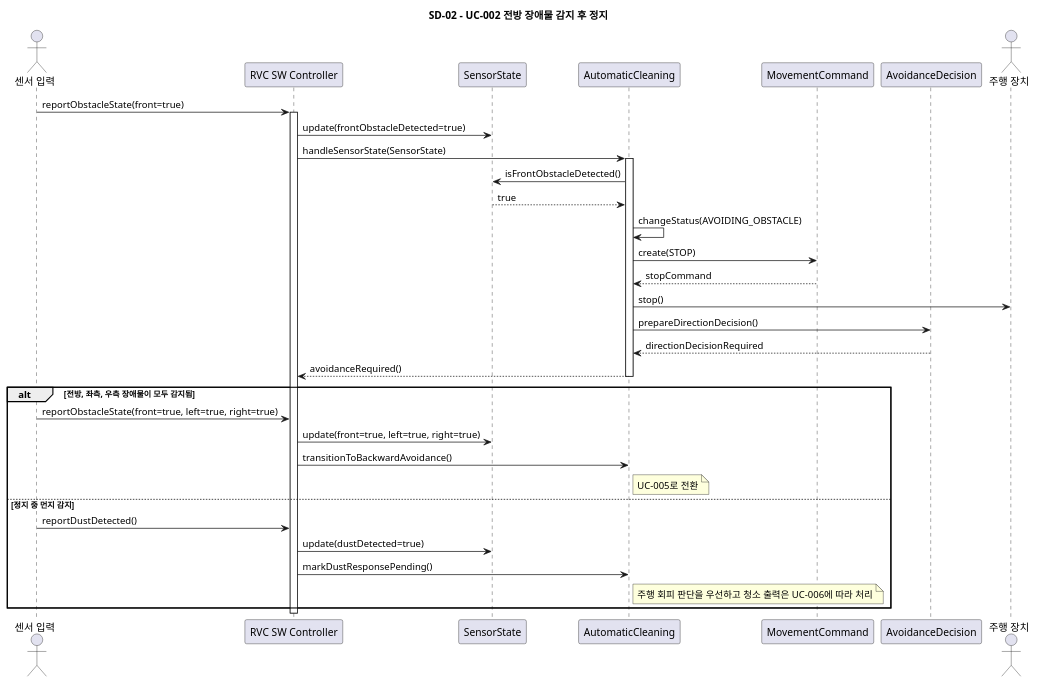
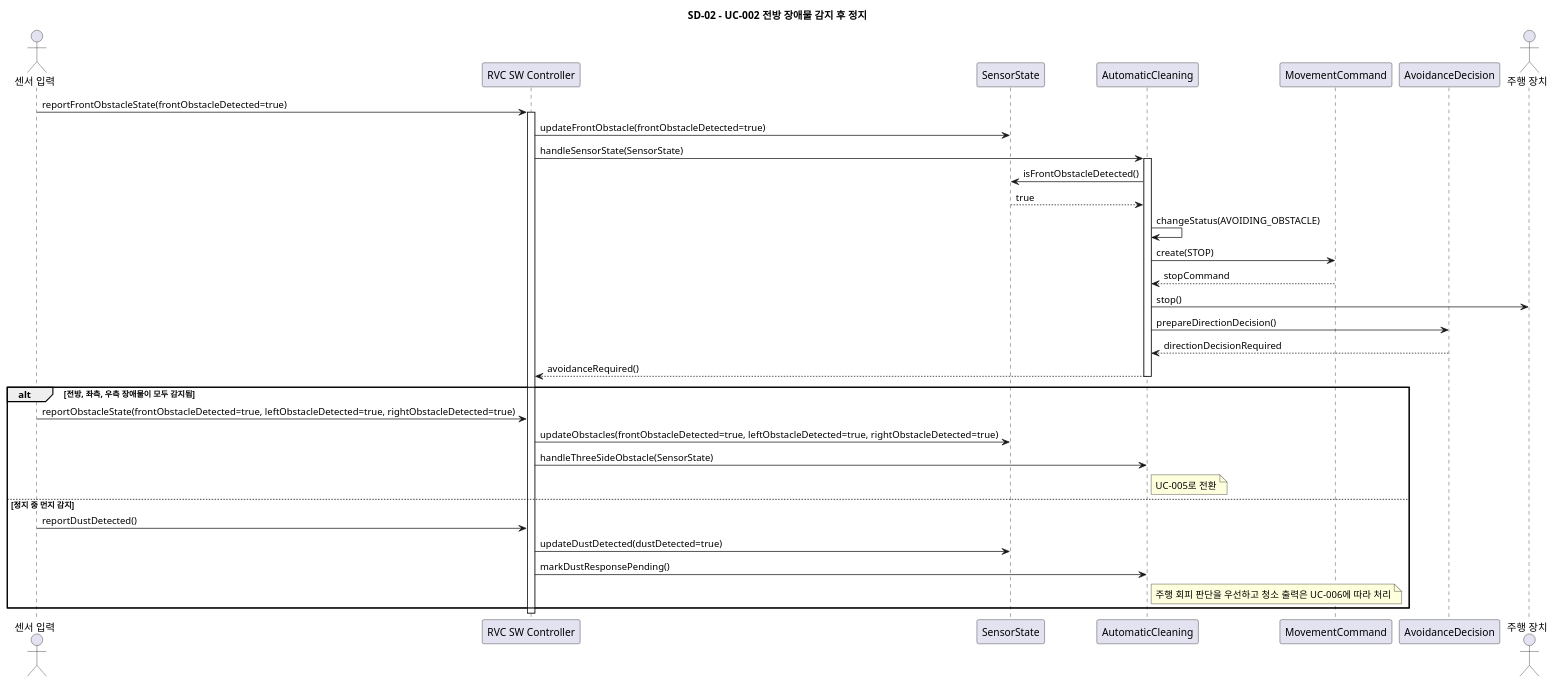
Before and after one commit to OOAD-Team3/Robot-Vacuum-Cleaner-AI: the diagram in docs/sd/SD-02.puml, drawn with PlantUML. The commit also changed 14 other files, not shown here.

Commit message:
docs: address diagram review feedback

```diff
--- a/docs/sd/SD-02.puml
+++ b/docs/sd/SD-02.puml
@@ -6,41 +6,41 @@
 @startuml SD_02_UC002_Stop_On_Front_Obstacle
 title SD-02 - UC-002 전방 장애물 감지 후 정지
 
 actor "센서 입력" as Sensor
 participant "RVC SW Controller" as Controller
 participant "SensorState" as SensorState
 participant "AutomaticCleaning" as Cleaning
 participant "MovementCommand" as MovementCommand
 participant "AvoidanceDecision" as AvoidanceDecision
 actor "주행 장치" as Drive
 
-Sensor -> Controller: reportObstacleState(front=true)
+Sensor -> Controller: reportFrontObstacleState(frontObstacleDetected=true)
 activate Controller
-Controller -> SensorState: update(frontObstacleDetected=true)
+Controller -> SensorState: updateFrontObstacle(frontObstacleDetected=true)
 Controller -> Cleaning: handleSensorState(SensorState)
 activate Cleaning
 Cleaning -> SensorState: isFrontObstacleDetected()
 SensorState --> Cleaning: true
 Cleaning -> Cleaning: changeStatus(AVOIDING_OBSTACLE)
 Cleaning -> MovementCommand: create(STOP)
 MovementCommand --> Cleaning: stopCommand
 Cleaning -> Drive: stop()
 Cleaning -> AvoidanceDecision: prepareDirectionDecision()
 AvoidanceDecision --> Cleaning: directionDecisionRequired
 Cleaning --> Controller: avoidanceRequired()
 deactivate Cleaning
 
 alt 전방, 좌측, 우측 장애물이 모두 감지됨
-    Sensor -> Controller: reportObstacleState(front=true, left=true, right=true)
-    Controller -> SensorState: update(front=true, left=true, right=true)
-    Controller -> Cleaning: transitionToBackwardAvoidance()
+    Sensor -> Controller: reportObstacleState(frontObstacleDetected=true, leftObstacleDetected=true, rightObstacleDetected=true)
+    Controller -> SensorState: updateObstacles(frontObstacleDetected=true, leftObstacleDetected=true, rightObstacleDetected=true)
+    Controller -> Cleaning: handleThreeSideObstacle(SensorState)
     note right of Cleaning: UC-005로 전환
 else 정지 중 먼지 감지
     Sensor -> Controller: reportDustDetected()
-    Controller -> SensorState: update(dustDetected=true)
+    Controller -> SensorState: updateDustDetected(dustDetected=true)
     Controller -> Cleaning: markDustResponsePending()
     note right of Cleaning: 주행 회피 판단을 우선하고 청소 출력은 UC-006에 따라 처리
 end
 
 deactivate Controller
 @enduml
```
